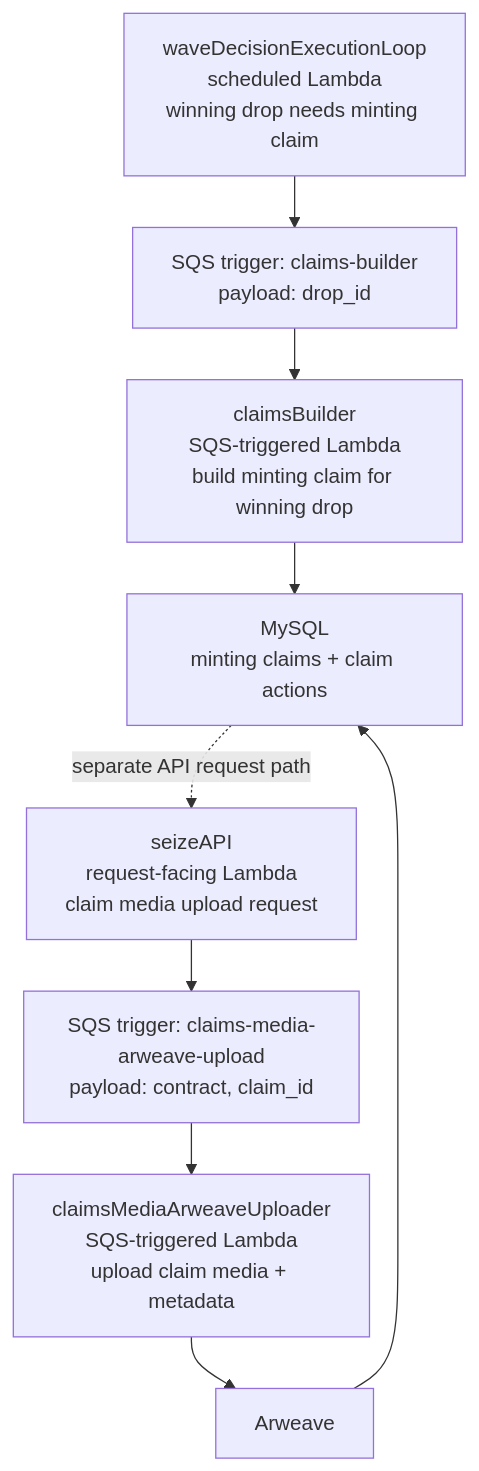
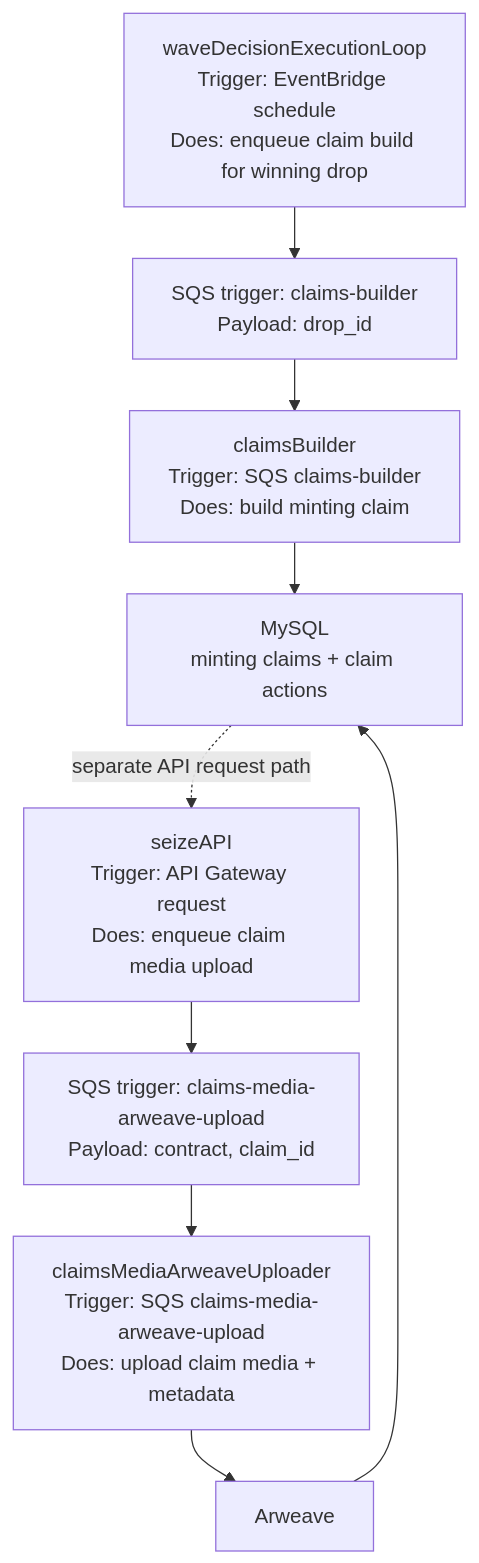
The fifth of 16 diagrams in docs/architecture.md (6529-Collections/6529seize-backend), drawn with Mermaid before and after one commit. The commit also changed other lines of this file, not shown here.

````diff
--- a/docs/architecture.md
+++ b/docs/architecture.md
@@ -122,13 +122,13 @@
 ```mermaid
 %%{init: {"flowchart": {"nodeSpacing": 24, "rankSpacing": 40, "curve": "basis"}} }%%
 flowchart TD
-  WaveDecisionExecutionLoop["waveDecisionExecutionLoop<br/>scheduled Lambda<br/>winning drop needs minting claim"] --> ClaimsBuilderQueue["SQS trigger: claims-builder<br/>payload: drop_id"]
-  ClaimsBuilderQueue --> ClaimsBuilder["claimsBuilder<br/>SQS-triggered Lambda<br/>build minting claim for winning drop"]
+  WaveDecisionExecutionLoop["waveDecisionExecutionLoop<br/>Trigger: EventBridge schedule<br/>Does: enqueue claim build for winning drop"] --> ClaimsBuilderQueue["SQS trigger: claims-builder<br/>Payload: drop_id"]
+  ClaimsBuilderQueue --> ClaimsBuilder["claimsBuilder<br/>Trigger: SQS claims-builder<br/>Does: build minting claim"]
   ClaimsBuilder --> MintingClaimsTables["MySQL<br/>minting claims + claim actions"]
 
-  MintingClaimsTables -. "separate API request path" .-> SeizeAPI["seizeAPI<br/>request-facing Lambda<br/>claim media upload request"]
-  SeizeAPI --> ClaimsMediaQueue["SQS trigger: claims-media-arweave-upload<br/>payload: contract, claim_id"]
-  ClaimsMediaQueue --> ClaimsMediaArweaveUploader["claimsMediaArweaveUploader<br/>SQS-triggered Lambda<br/>upload claim media + metadata"]
+  MintingClaimsTables -. "separate API request path" .-> SeizeAPI["seizeAPI<br/>Trigger: API Gateway request<br/>Does: enqueue claim media upload"]
+  SeizeAPI --> ClaimsMediaQueue["SQS trigger: claims-media-arweave-upload<br/>Payload: contract, claim_id"]
+  ClaimsMediaQueue --> ClaimsMediaArweaveUploader["claimsMediaArweaveUploader<br/>Trigger: SQS claims-media-arweave-upload<br/>Does: upload claim media + metadata"]
   ClaimsMediaArweaveUploader --> Arweave["Arweave"]
   Arweave --> MintingClaimsTables
 ```
````
